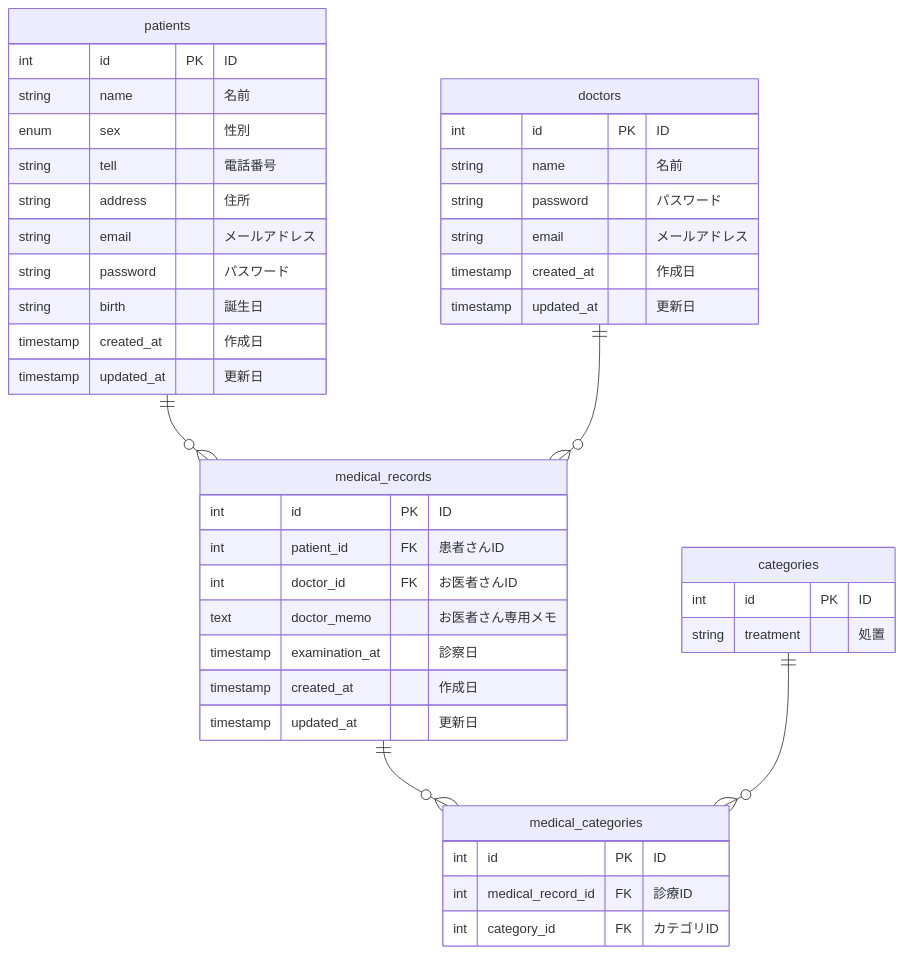
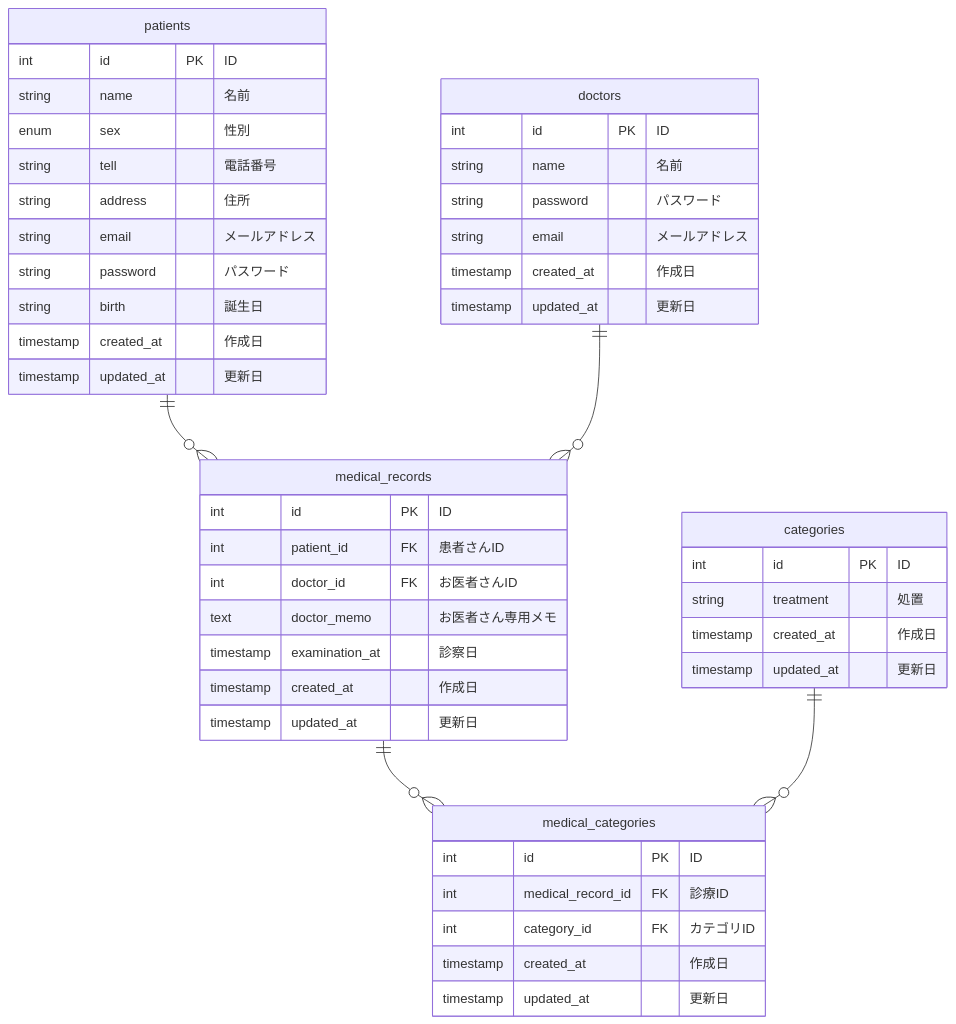
Before and after one commit to kubo-work/PortfolioSystemDesign: the diagram in ER/er.md, drawn with Mermaid.

Commit message:
categoriesテーブル、medical_categoriesテーブル修正

````diff
--- a/ER/er.md
+++ b/ER/er.md
@@ -1,53 +1,57 @@
 ```mermaid
 erDiagram
     patients {
         int id PK "ID"
         string name "名前"
         enum sex "性別"
         string tell "電話番号"
         string address "住所"
         string email "メールアドレス"
         string password "パスワード"
         string birth "誕生日"
         timestamp created_at "作成日"
         timestamp updated_at "更新日"
         %% timestamp last_hospital_visit_at "最新来院日"
     }
 
     medical_records{
         int id PK "ID" 
         int patient_id FK "患者さんID"
         int doctor_id FK "お医者さんID"
         text doctor_memo "お医者さん専用メモ"
         timestamp examination_at "診察日"
         timestamp created_at "作成日"
         timestamp updated_at "更新日"
         %% int deleted_flag "削除"
     }
 
     %% 診察（施術内容をカテゴリ化してテーブル）
     categories{
         int id PK "ID" 
         string treatment "処置"
+        timestamp created_at "作成日"
+        timestamp updated_at "更新日"
     }
 
     medical_categories {
         int id PK "ID"
         int medical_record_id FK "診療ID"
         int category_id FK "カテゴリID"
+        timestamp created_at "作成日"
+        timestamp updated_at "更新日"
     }
 
     doctors{
         int id PK "ID" 
         string name "名前"
         string password "パスワード"
         string email "メールアドレス"
         timestamp created_at "作成日"
         timestamp updated_at "更新日" 
     }
 
     patients ||--o{ medical_records: ""
     doctors ||--o{ medical_records: ""
     medical_records ||--o{ medical_categories: ""
     categories ||--o{ medical_categories: ""
 ```
````
